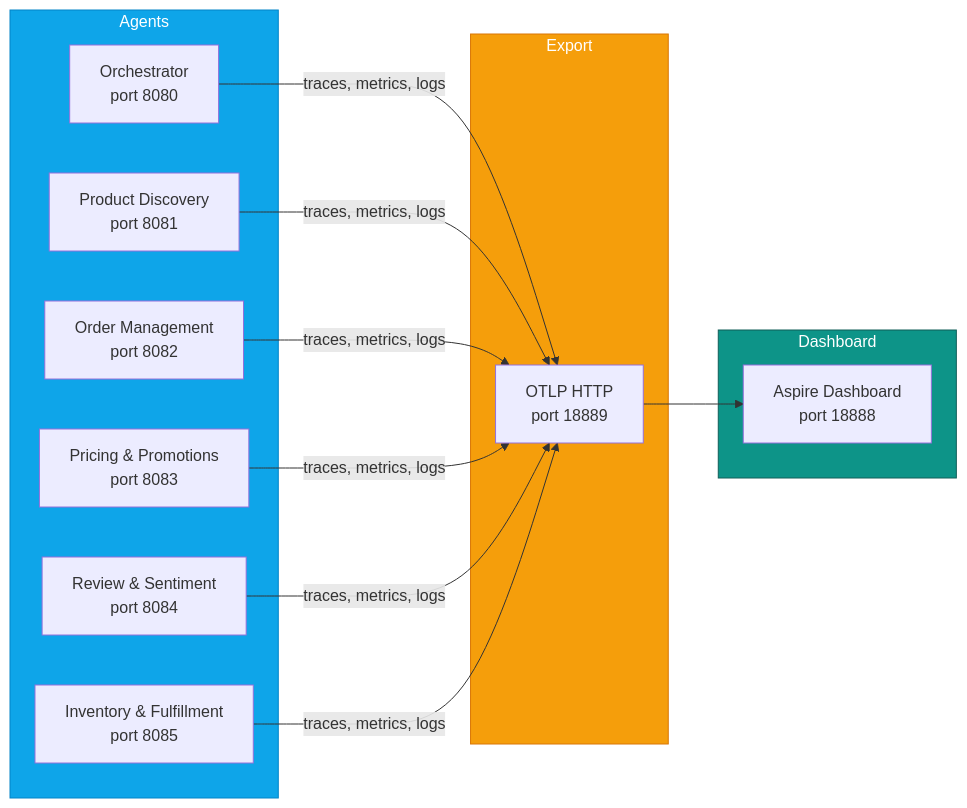
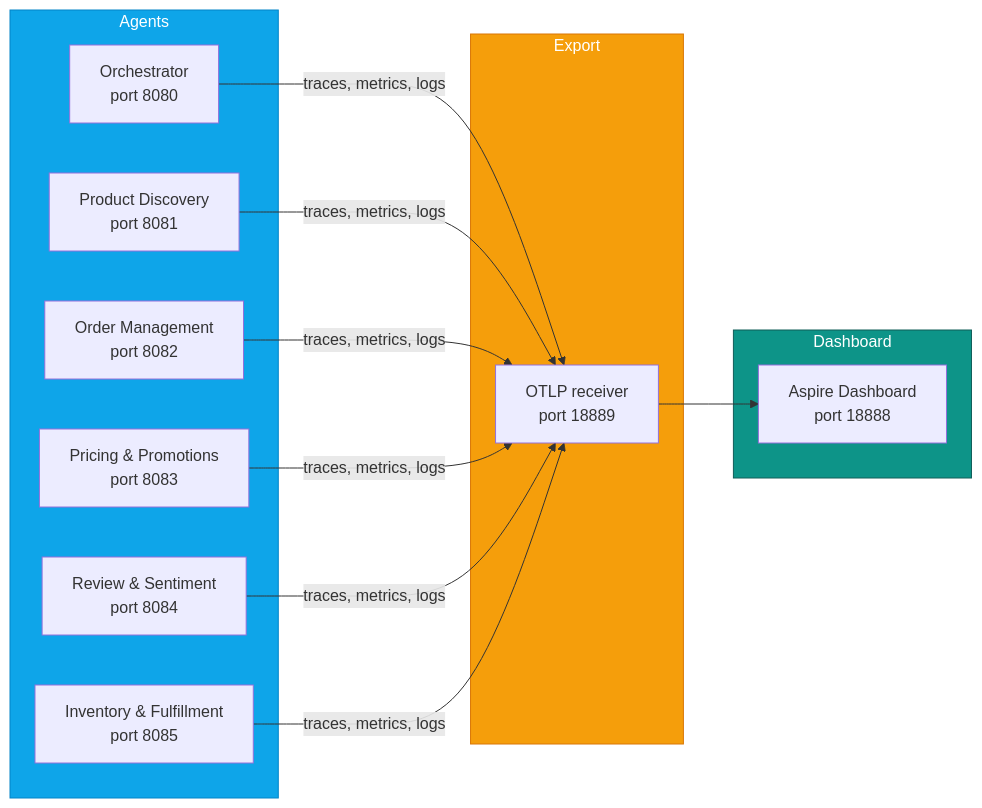
One commit to rakyma0228/eCommerce-agent changed the first of 3 diagrams in docs/telemetry.md. Above: the diagram before and after it, drawn with Mermaid. The commit also changed other lines of this file and 25 other files, not shown here.

First line of the commit message:
docs: reference pages for readers: roadmap, parity matrix, guides, and two new pages (#195)

````diff
--- a/docs/telemetry.md
+++ b/docs/telemetry.md
@@ -7,31 +7,31 @@
 ```mermaid
 graph LR
     subgraph Agents
         style Agents fill:#0ea5e9,stroke:#0284c7,color:#fff
         O[Orchestrator<br/>port 8080]
         PD[Product Discovery<br/>port 8081]
         OM[Order Management<br/>port 8082]
         PP[Pricing & Promotions<br/>port 8083]
         RS[Review & Sentiment<br/>port 8084]
         IF[Inventory & Fulfillment<br/>port 8085]
     end
 
     subgraph Export
         style Export fill:#f59e0b,stroke:#d97706,color:#fff
-        OTLP[OTLP HTTP<br/>port 18889]
+        OTLP[OTLP receiver<br/>port 18889]
     end
 
     subgraph Dashboard
         style Dashboard fill:#0d9488,stroke:#115e59,color:#fff
         ASPIRE[Aspire Dashboard<br/>port 18888]
     end
 
     O -->|traces, metrics, logs| OTLP
     PD -->|traces, metrics, logs| OTLP
     OM -->|traces, metrics, logs| OTLP
     PP -->|traces, metrics, logs| OTLP
     RS -->|traces, metrics, logs| OTLP
     IF -->|traces, metrics, logs| OTLP
 
     OTLP --> ASPIRE
 ```
````
